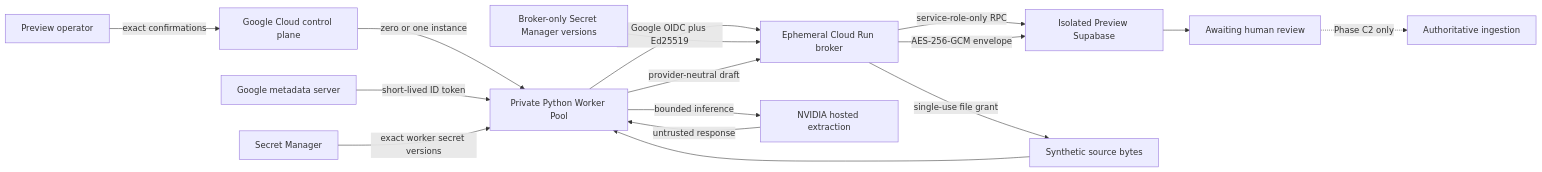
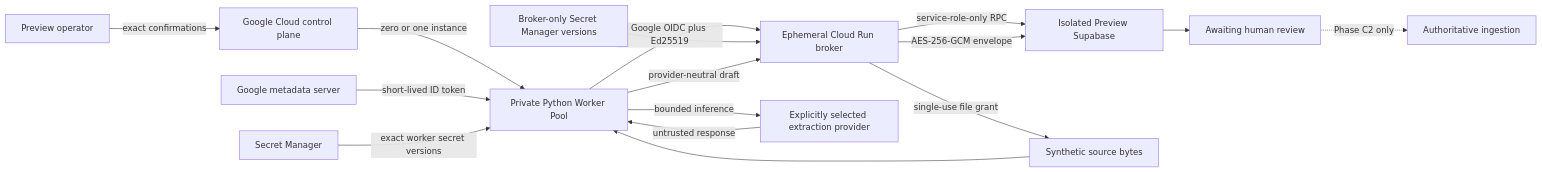
The diagram in docs/architecture/document-extraction-worker-deployment-phase-c1.md (vaeroex/Vaeroex-Ops-System), drawn with Mermaid before and after one commit. The commit also changed other lines of this file and 6 other files, not shown here.

````diff
--- a/docs/architecture/document-extraction-worker-deployment-phase-c1.md
+++ b/docs/architecture/document-extraction-worker-deployment-phase-c1.md
@@ -98,18 +99,18 @@
 ```mermaid
 flowchart LR
   O["Preview operator"] -->|"exact confirmations"| G["Google Cloud control plane"]
   G -->|"zero or one instance"| W["Private Python Worker Pool"]
   M["Google metadata server"] -->|"short-lived ID token"| W
   S["Secret Manager"] -->|"exact worker secret versions"| W
   W -->|"Google OIDC plus Ed25519"| B["Ephemeral Cloud Run broker"]
   BS["Broker-only Secret Manager versions"] --> B
   B -->|"service-role-only RPC"| D["Isolated Preview Supabase"]
   B -->|"single-use file grant"| F["Synthetic source bytes"]
   F --> W
-  W -->|"bounded inference"| N["NVIDIA hosted extraction"]
-  N -->|"untrusted response"| W
+  W -->|"bounded inference"| P["Explicitly selected extraction provider"]
+  P -->|"untrusted response"| W
   W -->|"provider-neutral draft"| B
   B -->|"AES-256-GCM envelope"| D
   D --> R["Awaiting human review"]
   R -. "Phase C2 only" .-> A["Authoritative ingestion"]
 ```
````
